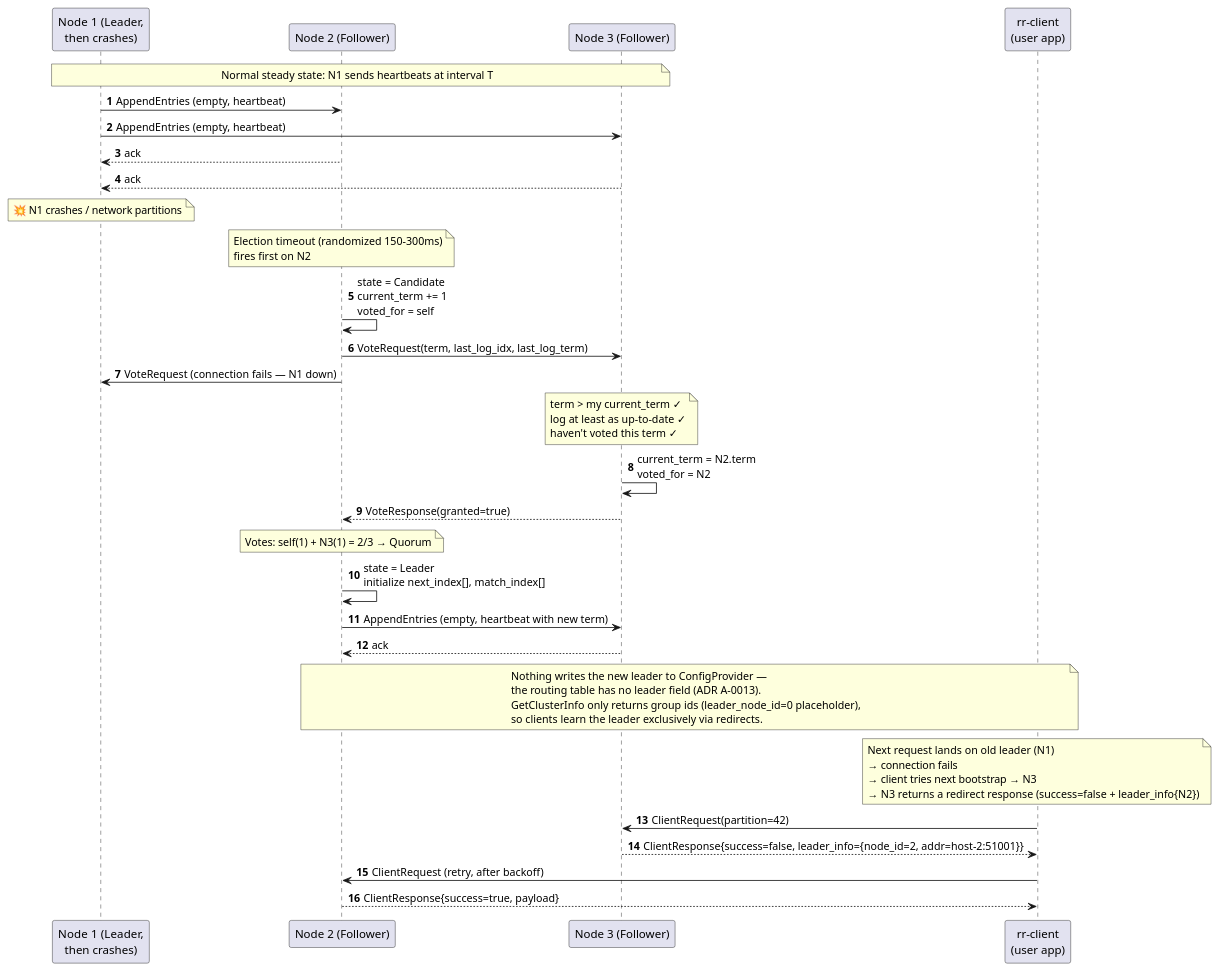
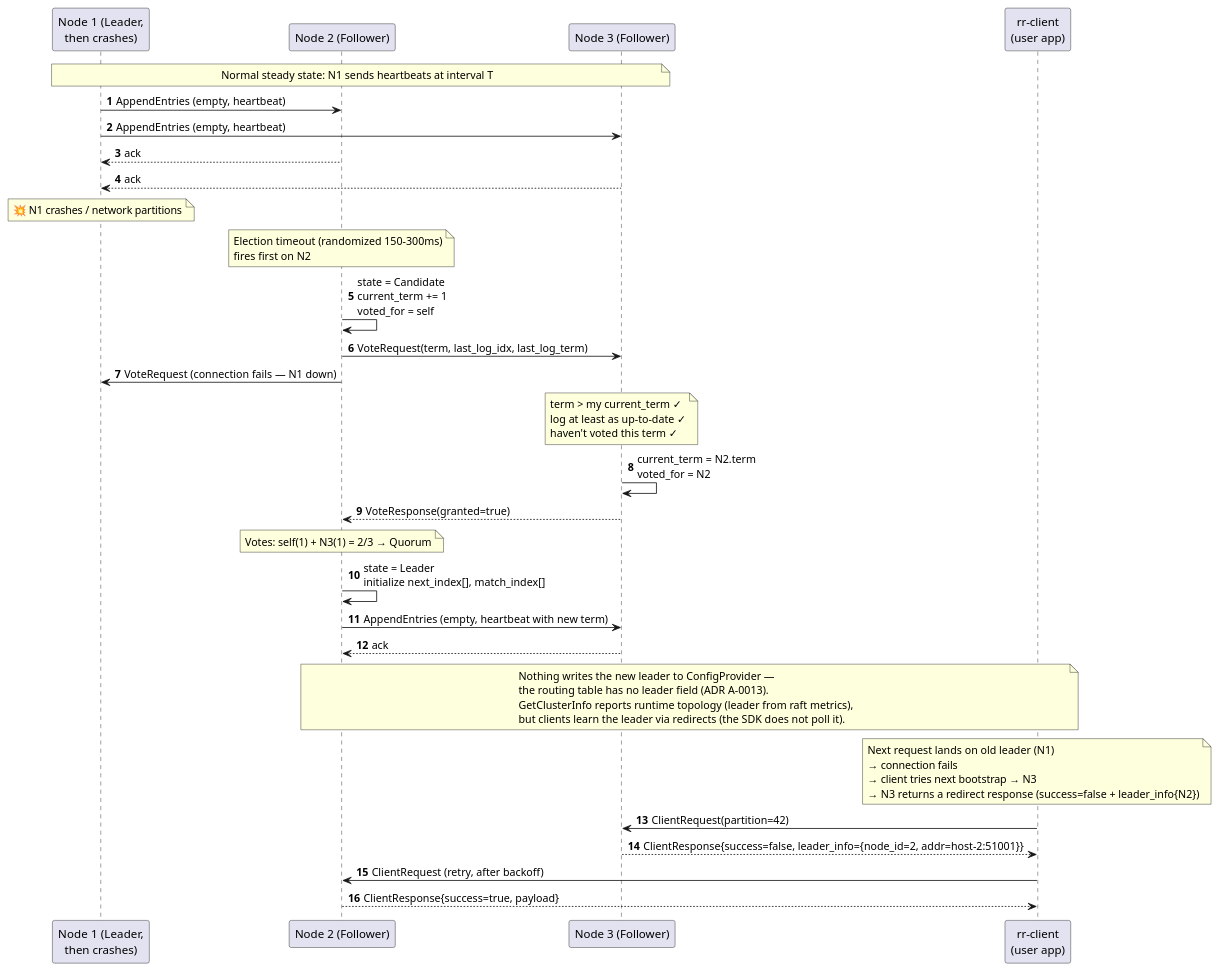
The second of 3 diagrams in docs/docs/architecture/c4/dynamic-leader-election.md (gardenias/rr), drawn with PlantUML before and after one commit. The commit also changed 33 other files, not shown here.

````diff
--- a/docs/docs/architecture/c4/dynamic-leader-election.md
+++ b/docs/docs/architecture/c4/dynamic-leader-election.md
@@ -49,40 +49,40 @@
 ```plantuml
 @startuml
 autonumber
 participant N1 as "Node 1 (Leader,\nthen crashes)"
 participant N2 as "Node 2 (Follower)"
 participant N3 as "Node 3 (Follower)"
 participant Client as "rr-client\n(user app)"
 
 note over N1, N3 : Normal steady state: N1 sends heartbeats at interval T
 N1 -> N2 : AppendEntries (empty, heartbeat)
 N1 -> N3 : AppendEntries (empty, heartbeat)
 N2 --> N1 : ack
 N3 --> N1 : ack
 
 note over N1 : 💥 N1 crashes / network partitions
 
 note over N2 : Election timeout (randomized 150-300ms)\nfires first on N2
 N2 -> N2 : state = Candidate\ncurrent_term += 1\nvoted_for = self
 N2 -> N3 : VoteRequest(term, last_log_idx, last_log_term)
 N2 -> N1 : VoteRequest (connection fails — N1 down)
 
 note over N3 : term > my current_term ✓\nlog at least as up-to-date ✓\nhaven't voted this term ✓
 N3 -> N3 : current_term = N2.term\nvoted_for = N2
 N3 --> N2 : VoteResponse(granted=true)
 
 note over N2 : Votes: self(1) + N3(1) = 2/3 → Quorum
 N2 -> N2 : state = Leader\ninitialize next_index[], match_index[]
 
 N2 -> N3 : AppendEntries (empty, heartbeat with new term)
 N3 --> N2 : ack
 
-note over N2, Client : Nothing writes the new leader to ConfigProvider —\nthe routing table has no leader field (ADR A-0013).\nGetClusterInfo only returns group ids (leader_node_id=0 placeholder),\nso clients learn the leader exclusively via redirects.
+note over N2, Client : Nothing writes the new leader to ConfigProvider —\nthe routing table has no leader field (ADR A-0013).\nGetClusterInfo reports runtime topology (leader from raft metrics),\nbut clients learn the leader via redirects (the SDK does not poll it).
 
 note over Client : Next request lands on old leader (N1)\n→ connection fails\n→ client tries next bootstrap → N3\n→ N3 returns a redirect response (success=false + leader_info{N2})
 Client -> N3 : ClientRequest(partition=42)
 N3 --> Client : ClientResponse{success=false, leader_info={node_id=2, addr=host-2:51001}}
 Client -> N2 : ClientRequest (retry, after backoff)
 N2 --> Client : ClientResponse{success=true, payload}
 @enduml
 ```
````
